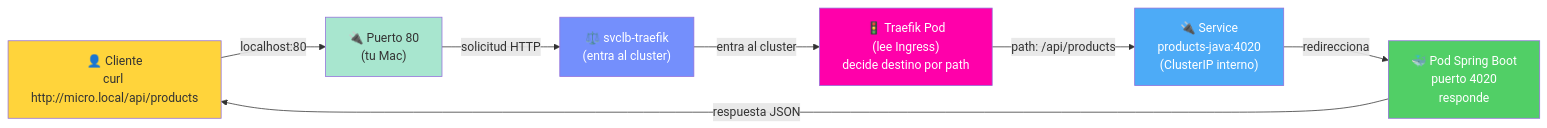
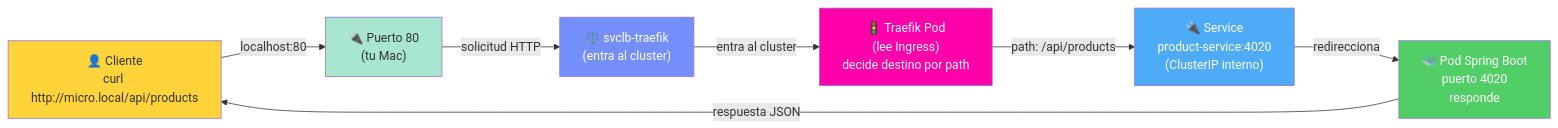
One commit to docentedev/IaC-example changed diagram 12 of 20 in README.md. Above: the diagram before and after it, drawn with Mermaid. The commit also changed other lines of this file and 60 other files, not shown here.

````diff
--- a/README.md
+++ b/README.md
@@ -1509,23 +1512,23 @@
 ```mermaid
 flowchart LR
     USER["👤 Cliente<br/>curl http://micro.local/api/products"]
     PORT["🔌 Puerto 80<br/>(tu Mac)"]
     LB["⚖️ svclb-traefik<br/>(entra al cluster)"]
     TRAEFIK["🚦 Traefik Pod<br/>(lee Ingress)<br/>decide destino por path"]
-    SVC["🔌 Service<br/>products-java:4020<br/>(ClusterIP interno)"]
+    SVC["🔌 Service<br/>product-service:4020<br/>(ClusterIP interno)"]
     POD["🐳 Pod Spring Boot<br/>puerto 4020<br/>responde"]
     
     USER -->|localhost:80| PORT
     PORT -->|solicitud HTTP| LB
     LB -->|entra al cluster| TRAEFIK
     TRAEFIK -->|path: /api/products| SVC
     SVC -->|redirecciona| POD
     POD -->|respuesta JSON| USER
     
     style USER fill:#ffd43b,color:#333
     style PORT fill:#a8e6cf,color:#333
     style LB fill:#748ffc,color:#fff
     style TRAEFIK fill:#f0a,color:#fff
     style SVC fill:#4dabf7,color:#fff
     style POD fill:#51cf66,color:#fff
 ```
````
